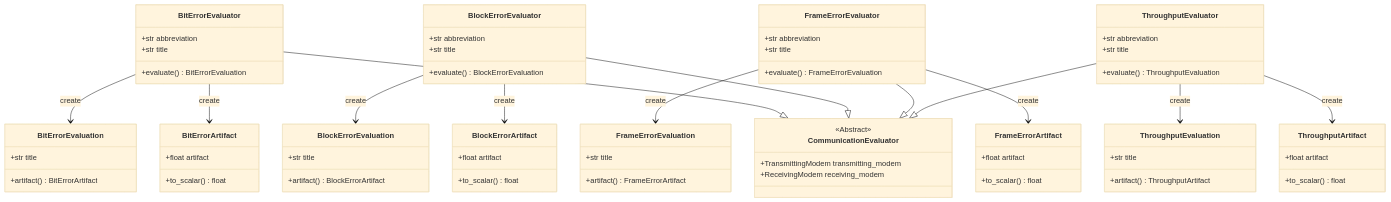
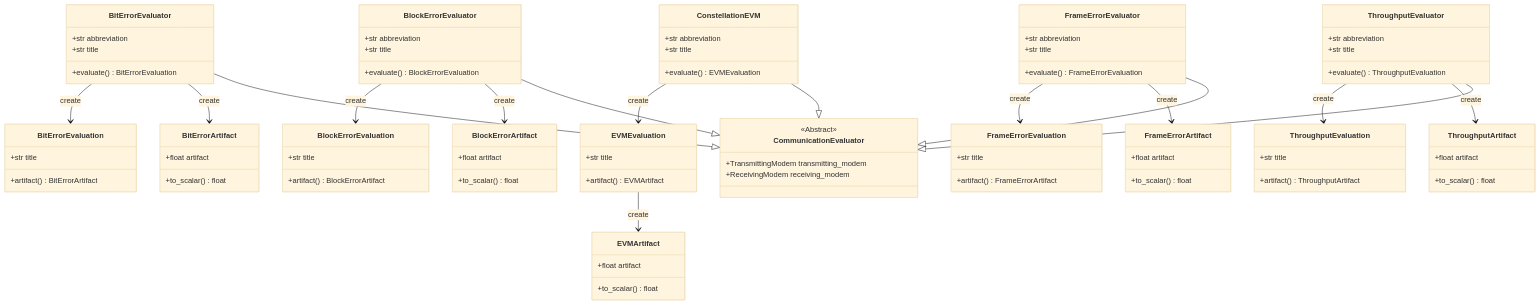
One commit to Barkhausen-Institut/hermespy changed the diagram in docssource/api/modem.evaluators.rst. Above: the diagram before and after it, drawn with Mermaid (base theme). The commit also changed 29 other files, not shown here.

Commit message:
Constellation EVM Evaluation

```diff
--- a/docssource/api/modem.evaluators.rst
+++ b/docssource/api/modem.evaluators.rst
@@ -93,10 +93,30 @@
       +str title
    }
 
+   class EVMArtifact {
+ 
+      +float artifact
+      +to_scalar() float
+   }
+
+   class EVMEvaluation {
+
+      +str title
+      +artifact() EVMArtifact
+   }
+
+   class ConstellationEVM {
+
+      +evaluate() EVMEvaluation
+      +str abbreviation
+      +str title
+   }
+
    BitErrorEvaluator --|> CommunicationEvaluator
    BlockErrorEvaluator --|> CommunicationEvaluator
    FrameErrorEvaluator --|> CommunicationEvaluator
    ThroughputEvaluator --|> CommunicationEvaluator
+   ConstellationEVM --|> CommunicationEvaluator
 
    BitErrorEvaluator --> BitErrorArtifact : create
    BitErrorEvaluator --> BitErrorEvaluation : create
@@ -106,6 +126,8 @@
    FrameErrorEvaluator --> FrameErrorEvaluation : create
    ThroughputEvaluator --> ThroughputArtifact : create
    ThroughputEvaluator --> ThroughputEvaluation : create
+   ConstellationEVM --> EVMEvaluation : create
+   EVMEvaluation --> EVMArtifact : create
 
    link CommunicationEvaluator "modem.evaluators.CommunicationEvaluator.html"
    link BitErrorArtifact "modem.evaluators.BitErrorArtifact.html"
@@ -120,3 +142,6 @@
    link ThroughputArtifact "modem.evaluators.ThroughputArtifact.html"
    link ThroughputEvaluation "modem.evaluators.ThroughputEvaluation.html"
    link ThroughputEvaluator "modem.evaluators.ThroughputEvaluator.html"
+   link EVMArtifact "modem.evaluators.evm.html#hermespy.modem.evaluators.evm.EVMArtifact"
+   link EVMEvaluation "modem.evaluators.evm.html#hermespy.modem.evaluators.evm.EVMEvaluation"
+   link ConstellationEVM "modem.evaluators.evm.html#hermespy.modem.evaluators.evm.ConstellationEVM"
```
